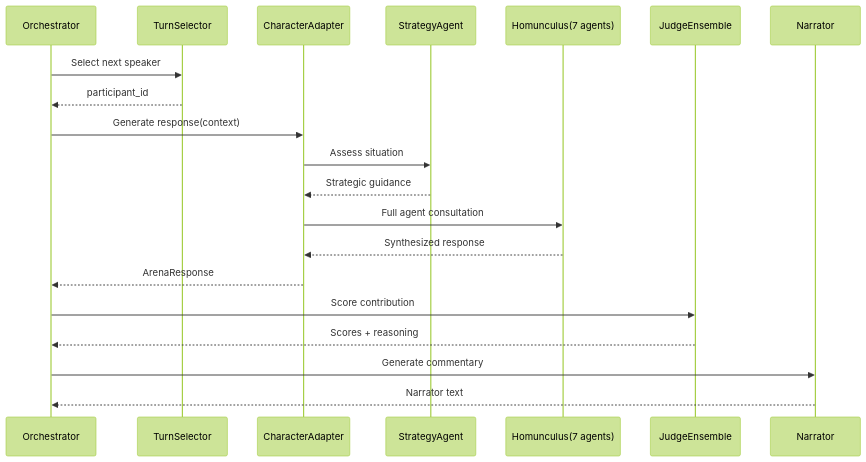
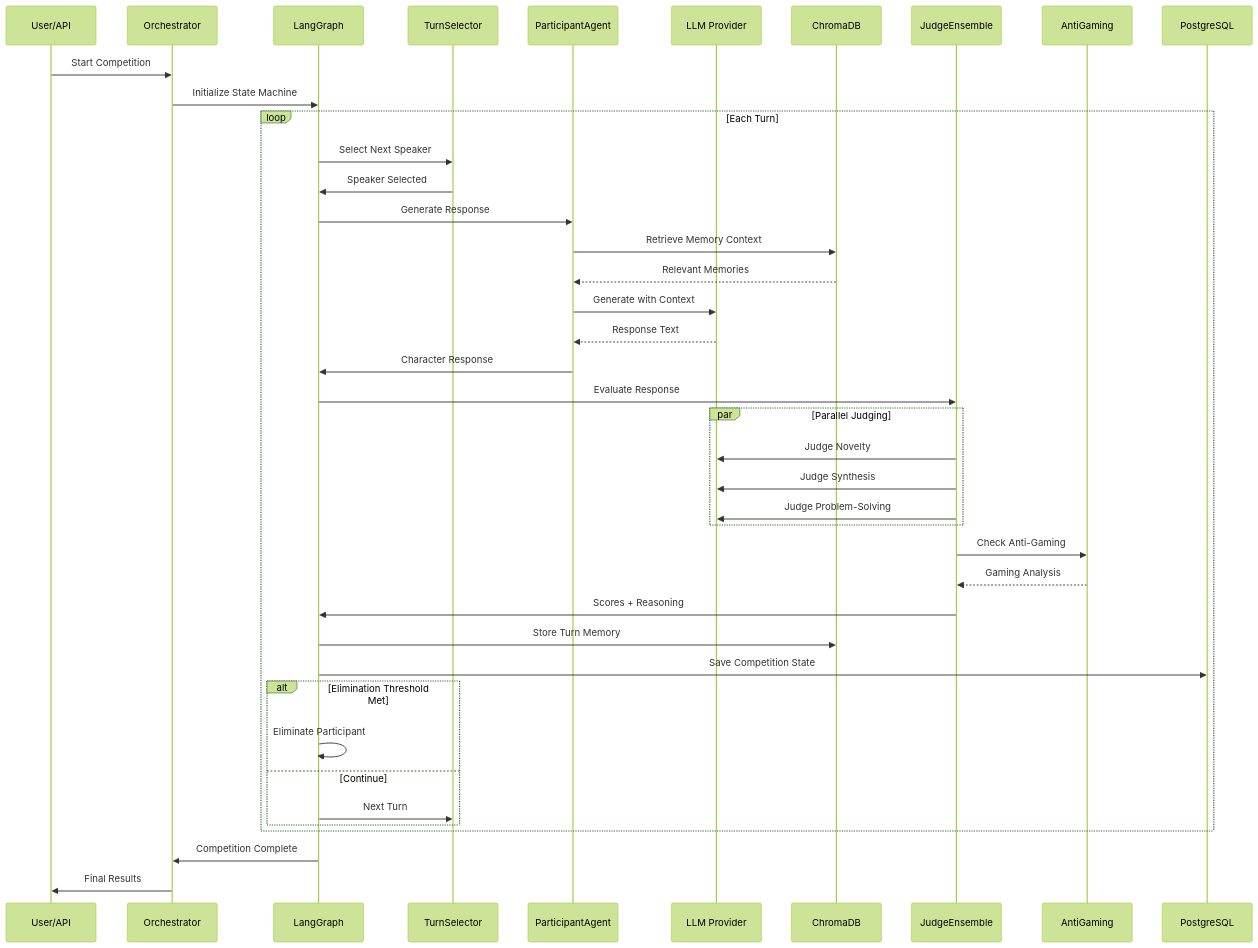
One commit to alexh-scrt/ai-arena changed the fourth of 4 diagrams in README.md. Above: the diagram before and after it, drawn with Mermaid (forest theme). The commit also changed other lines of this file and 130 other files, not shown here.

````diff
--- a/README.md
+++ b/README.md
@@ -142,23 +276,50 @@
 ```mermaid
 sequenceDiagram
+    participant U as User/API
     participant CO as Orchestrator
+    participant LG as LangGraph
     participant TS as TurnSelector
-    participant CA as CharacterAdapter
-    participant SA as StrategyAgent
-    participant HOM as Homunculus(7 agents)
+    participant PA as ParticipantAgent
+    participant LLM as LLM Provider
+    participant VDB as ChromaDB
     participant JE as JudgeEnsemble
-    participant NA as Narrator
+    participant AG as AntiGaming
+    participant RDB as PostgreSQL
 
-    CO->>TS: Select next speaker
-    TS-->>CO: participant_id
-    CO->>CA: Generate response(context)
-    CA->>SA: Assess situation
-    SA-->>CA: Strategic guidance
-    CA->>HOM: Full agent consultation
-    HOM-->>CA: Synthesized response
-    CA-->>CO: ArenaResponse
-    CO->>JE: Score contribution
-    JE-->>CO: Scores + reasoning
-    CO->>NA: Generate commentary
-    NA-->>CO: Narrator text
+    U->>CO: Start Competition
+    CO->>LG: Initialize State Machine
+    
+    loop Each Turn
+        LG->>TS: Select Next Speaker
+        TS->>LG: Speaker Selected
+        
+        LG->>PA: Generate Response
+        PA->>VDB: Retrieve Memory Context
+        VDB-->>PA: Relevant Memories
+        PA->>LLM: Generate with Context
+        LLM-->>PA: Response Text
+        PA->>LG: Character Response
+        
+        LG->>JE: Evaluate Response
+        par Parallel Judging
+            JE->>LLM: Judge Novelty
+            JE->>LLM: Judge Synthesis
+            JE->>LLM: Judge Problem-Solving
+        end
+        JE->>AG: Check Anti-Gaming
+        AG-->>JE: Gaming Analysis
+        JE->>LG: Scores + Reasoning
+        
+        LG->>VDB: Store Turn Memory
+        LG->>RDB: Save Competition State
+        
+        alt Elimination Threshold Met
+            LG->>LG: Eliminate Participant
+        else Continue
+            LG->>TS: Next Turn
+        end
+    end
+    
+    LG->>CO: Competition Complete
+    CO->>U: Final Results
 ```
````
